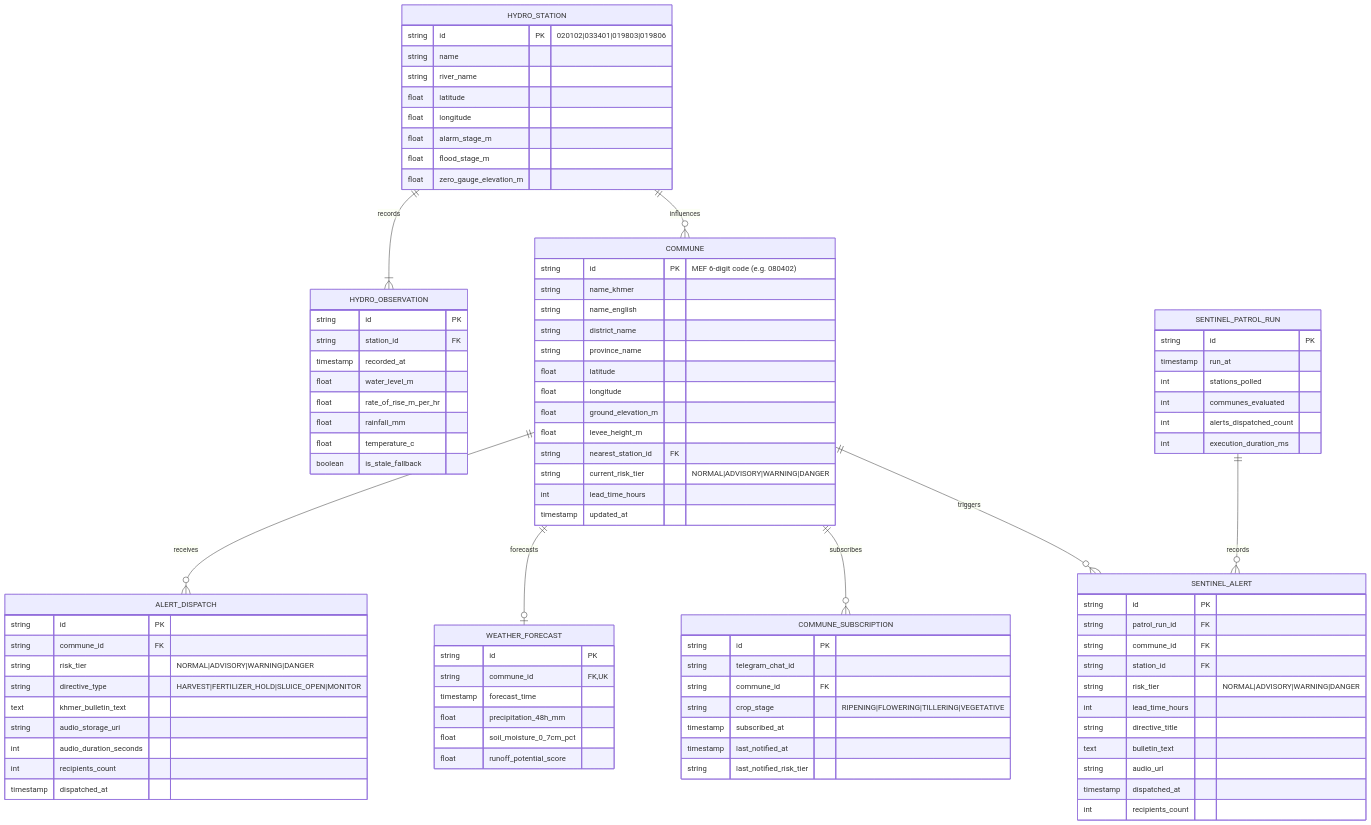
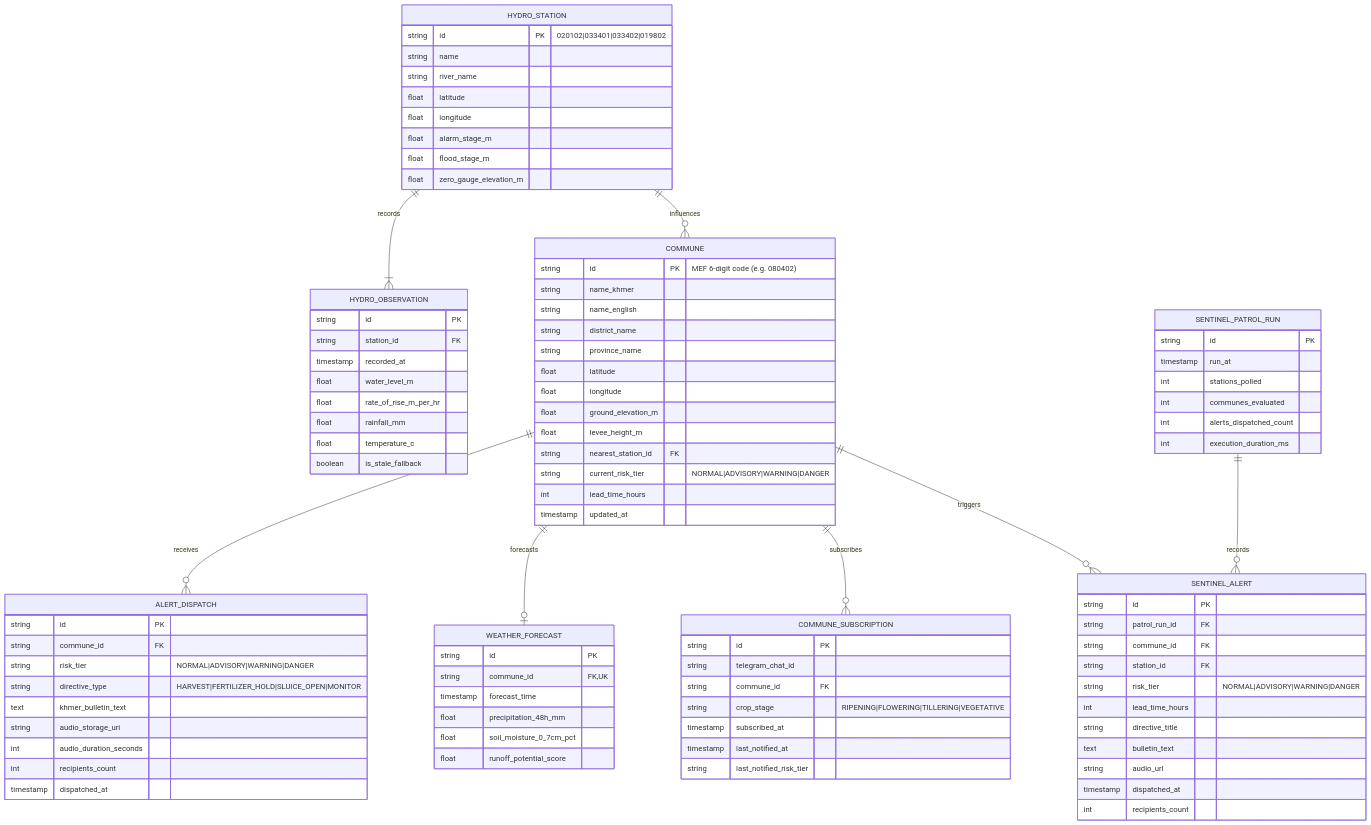
One commit to SunchhayK/mekongpulse changed the second of 2 diagrams in technical-report.md. Above: the diagram before and after it, drawn with Mermaid. The commit also changed other lines of this file and 13 other files, not shown here.

```diff
--- a/technical-report.md
+++ b/technical-report.md
@@ -189,7 +190,7 @@
   SENTINEL_PATROL_RUN ||--o{ SENTINEL_ALERT : records
 
   HYDRO_STATION {
-    string id PK "020102|033401|019803|019806"
+    string id PK "020102|033401|033402|019802"
     string name
     string river_name
     float latitude
```
